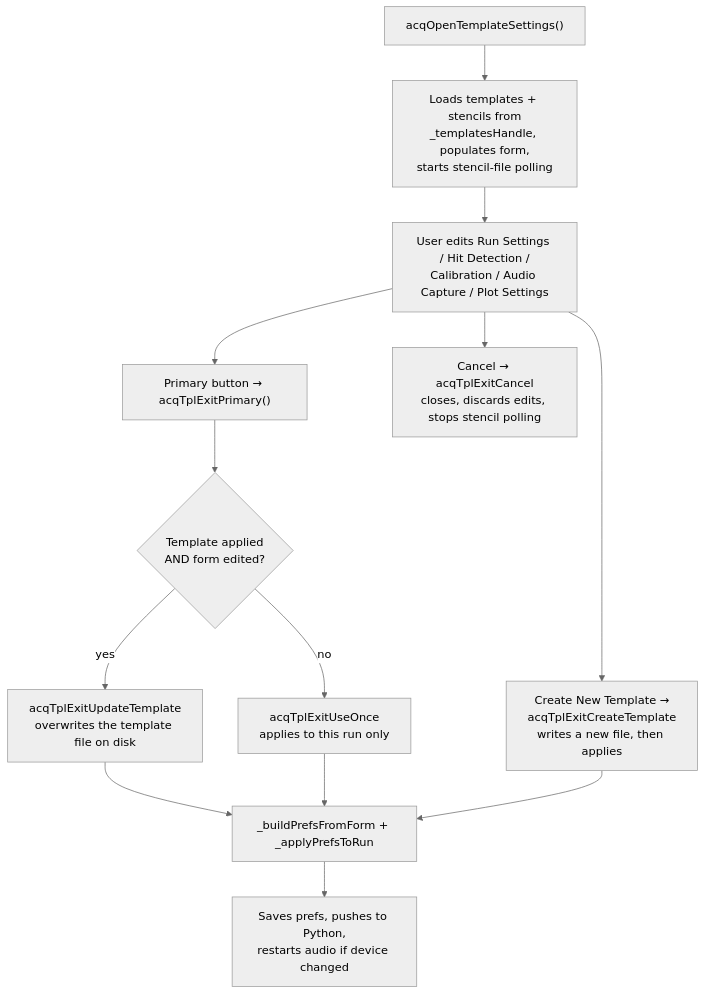
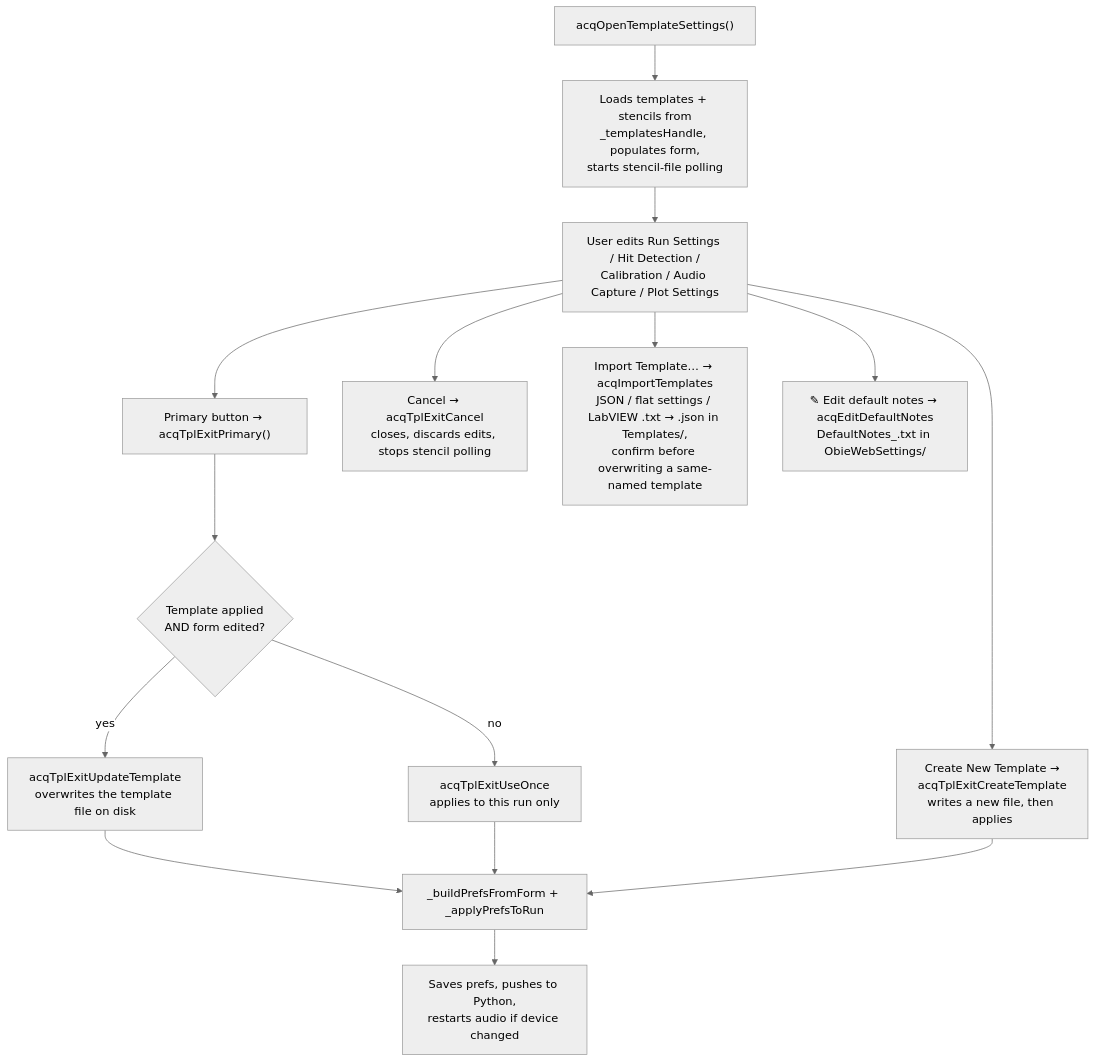
Before and after one commit to chrisbuerginrogers/ObieApp: the fourth of 6 diagrams in Web/tools/acquire/FLOWCHART.md, drawn with Mermaid (neutral theme). The commit also changed other lines of this file and 3 other files, not shown here.

Commit message:
Docs: update Acquire user guide, tips, changelog and flowchart for recent changes

````diff
--- a/Web/tools/acquire/FLOWCHART.md
+++ b/Web/tools/acquire/FLOWCHART.md
@@ -92,15 +110,17 @@
 ```mermaid
 flowchart TD
     A["acqOpenTemplateSettings()"] --> B["Loads templates + stencils from\n_templatesHandle, populates form,\nstarts stencil-file polling"]
     B --> C["User edits Run Settings / Hit Detection /\nCalibration / Audio Capture / Plot Settings"]
     C --> D["Primary button → acqTplExitPrimary()"]
     D --> E{"Template applied\nAND form edited?"}
     E -- yes --> F["acqTplExitUpdateTemplate\noverwrites the template file on disk"]
     E -- no --> G["acqTplExitUseOnce\napplies to this run only"]
     F --> H["_buildPrefsFromForm + _applyPrefsToRun"]
     G --> H
     H --> I["Saves prefs, pushes to Python,\nrestarts audio if device changed"]
     C --> J["Create New Template →\nacqTplExitCreateTemplate\nwrites a new file, then applies"]
     C --> K["Cancel → acqTplExitCancel\ncloses, discards edits, stops stencil polling"]
+    C --> L["Import Template… → acqImportTemplates\nJSON / flat settings / LabVIEW .txt → .json in Templates/,\nconfirm before overwriting a same-named template"]
+    C --> M["✎ Edit default notes → acqEditDefaultNotes\nDefaultNotes_<type>.txt in ObieWebSettings/"]
     J --> H
 ```
````
